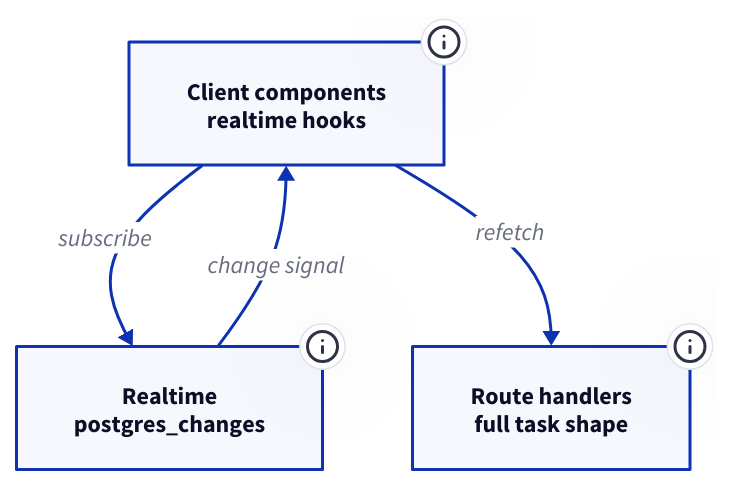
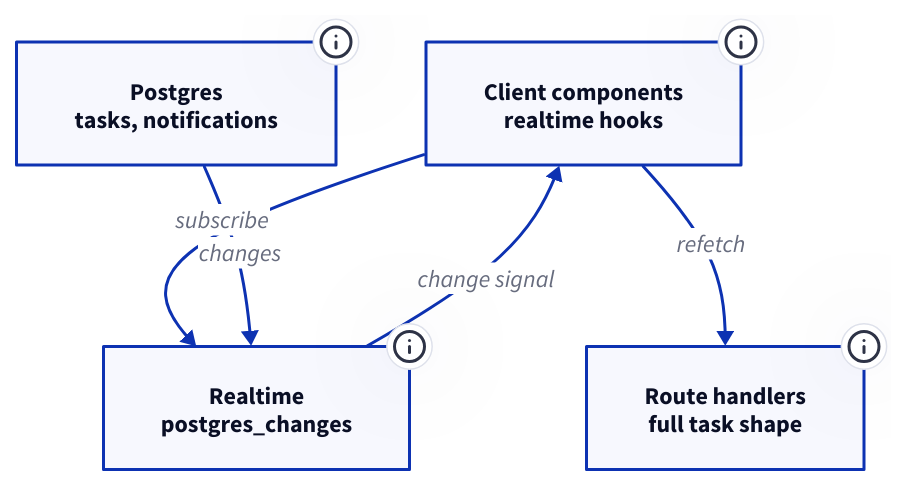
The diagram in data/projects/diagrams/taskflow-live.d2 (kunalgoesbyken/portfoliov1), drawn with D2 before and after one commit. The commit also changed 50 other files, not shown here.

First line of the commit message:
Fill the column with every architecture diagram

```diff
--- a/data/projects/diagrams/taskflow-live.d2
+++ b/data/projects/diagrams/taskflow-live.d2
@@ -1,18 +1,24 @@
 browser: Client components\nrealtime hooks {
   class: client
   tooltip: "useRealtimeTasks and useRealtimeNotifications only invalidate the TanStack Query cache, which makes the client refetch. The timezone lanes also use Realtime Presence to show which teammates are online."
 }
 
 realtime: Realtime\npostgres_changes {
   class: external
   tooltip: "Task and notification changes in Postgres arrive as signals. Payloads carry no joined rows, so each event invalidates the query cache and the client refetches the full shape from the API."
 }
 
 routes: Route handlers\nfull task shape {
   class: service
   tooltip: "The refetch lands on the same route handlers as every other read, so a live update renders the same joined shape as a normal load."
 }
 
+db: Postgres\ntasks, notifications {
+  class: store
+  tooltip: "Every task and notification change here is published by Realtime as a signal. The refetch reads the same tables back through the route handlers."
+}
+
 browser -> realtime: subscribe
 realtime -> browser: change signal
 browser -> routes: refetch
+db -> realtime: changes
```
